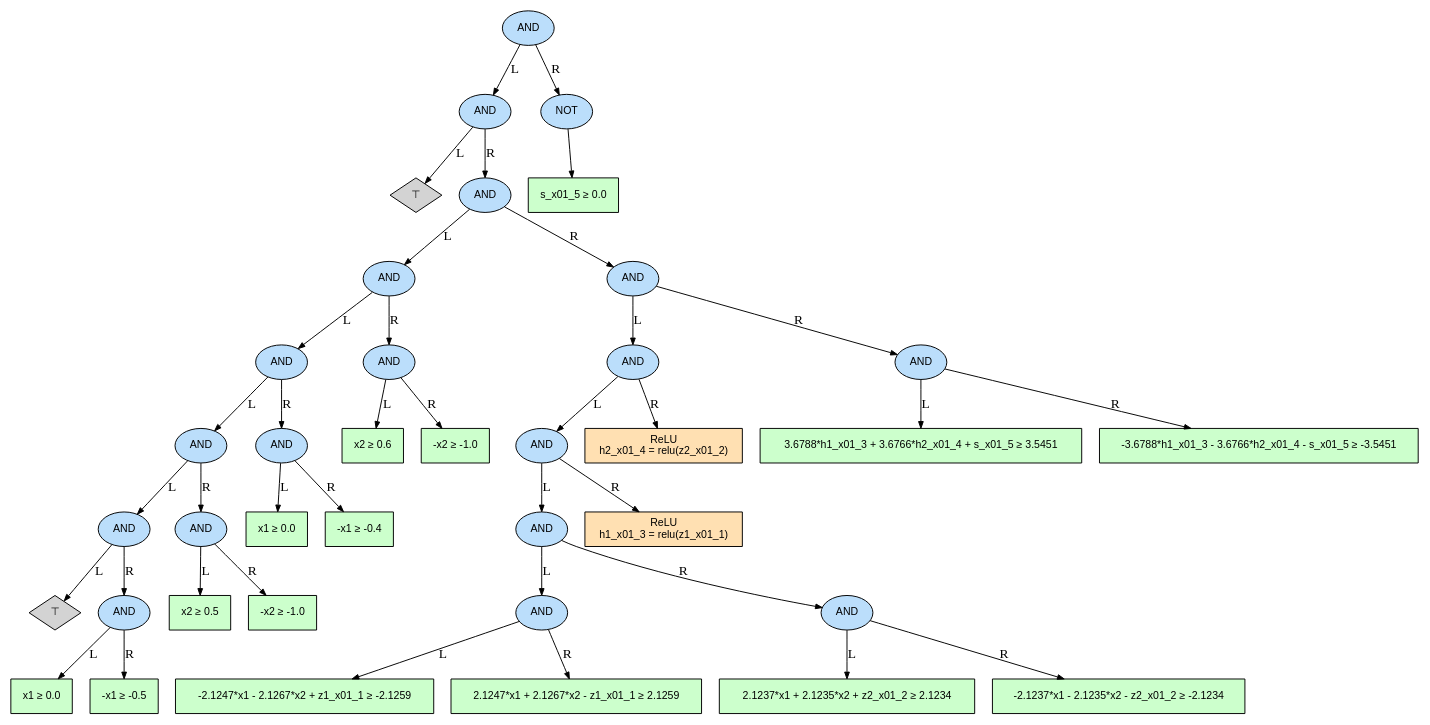
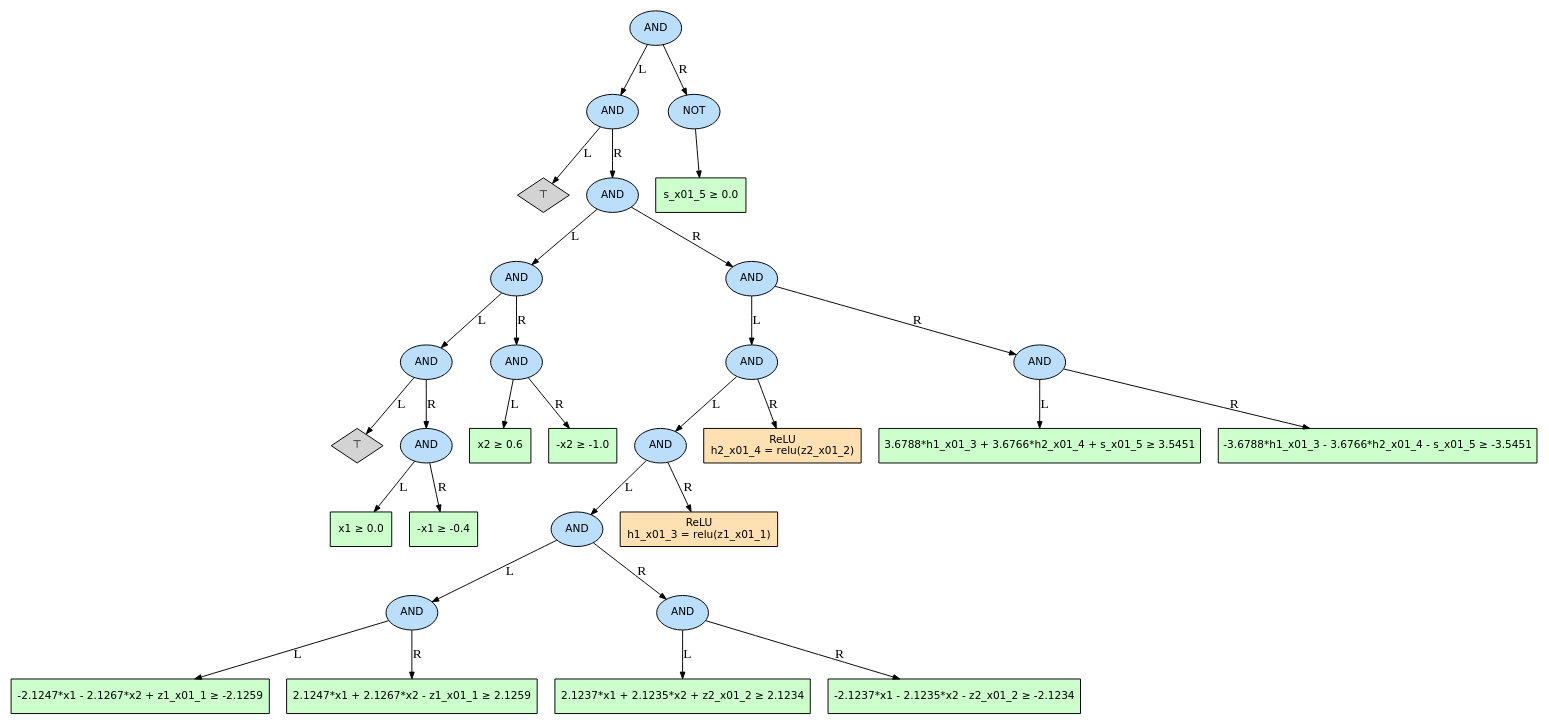
Before and after one commit to songheon2/Ai_verification: the diagram in visualize_precise_prop/case_01/precise_search_case01_attempt1_tree.dot, drawn with Graphviz. The commit also changed 49 other files, not shown here.

```diff
--- a/visualize_precise_prop/case_01/precise_search_case01_attempt1_tree.dot
+++ b/visualize_precise_prop/case_01/precise_search_case01_attempt1_tree.dot
@@ -1,80 +1,64 @@
 digraph precise_search_case01_attempt1_tree {
   rankdir=TB;
-  node [fontname="Helvetica", fontsize=11];
+  node [fontname="DejaVu Sans", fontsize=11];
   edge [arrowsize=0.7];
   n0 [label="AND", shape=ellipse, style=filled, fillcolor="#bbdefb"];
   n1 [label="AND", shape=ellipse, style=filled, fillcolor="#bbdefb"];
   n2 [label="⊤", shape=diamond, style=filled, fillcolor="#d3d3d3"];
   n3 [label="AND", shape=ellipse, style=filled, fillcolor="#bbdefb"];
   n4 [label="AND", shape=ellipse, style=filled, fillcolor="#bbdefb"];
   n5 [label="AND", shape=ellipse, style=filled, fillcolor="#bbdefb"];
-  n6 [label="AND", shape=ellipse, style=filled, fillcolor="#bbdefb"];
+  n6 [label="⊤", shape=diamond, style=filled, fillcolor="#d3d3d3"];
   n7 [label="AND", shape=ellipse, style=filled, fillcolor="#bbdefb"];
-  n8 [label="⊤", shape=diamond, style=filled, fillcolor="#d3d3d3"];
-  n9 [label="AND", shape=ellipse, style=filled, fillcolor="#bbdefb"];
-  n10 [label="x1 ≥ 0.0", shape=box, style=filled, fillcolor="#ccffcc"];
-  n11 [label="-x1 ≥ -0.5", shape=box, style=filled, fillcolor="#ccffcc"];
-  n9 -> n10 [label="L"];
-  n9 -> n11 [label="R"];
+  n8 [label="x1 ≥ 0.0", shape=box, style=filled, fillcolor="#ccffcc"];
+  n9 [label="-x1 ≥ -0.4", shape=box, style=filled, fillcolor="#ccffcc"];
   n7 -> n8 [label="L"];
   n7 -> n9 [label="R"];
-  n12 [label="AND", shape=ellipse, style=filled, fillcolor="#bbdefb"];
-  n13 [label="x2 ≥ 0.5", shape=box, style=filled, fillcolor="#ccffcc"];
-  n14 [label="-x2 ≥ -1.0", shape=box, style=filled, fillcolor="#ccffcc"];
-  n12 -> n13 [label="L"];
-  n12 -> n14 [label="R"];
-  n6 -> n7 [label="L"];
-  n6 -> n12 [label="R"];
+  n5 -> n6 [label="L"];
+  n5 -> n7 [label="R"];
+  n10 [label="AND", shape=ellipse, style=filled, fillcolor="#bbdefb"];
+  n11 [label="x2 ≥ 0.6", shape=box, style=filled, fillcolor="#ccffcc"];
+  n12 [label="-x2 ≥ -1.0", shape=box, style=filled, fillcolor="#ccffcc"];
+  n10 -> n11 [label="L"];
+  n10 -> n12 [label="R"];
+  n4 -> n5 [label="L"];
+  n4 -> n10 [label="R"];
+  n13 [label="AND", shape=ellipse, style=filled, fillcolor="#bbdefb"];
+  n14 [label="AND", shape=ellipse, style=filled, fillcolor="#bbdefb"];
   n15 [label="AND", shape=ellipse, style=filled, fillcolor="#bbdefb"];
-  n16 [label="x1 ≥ 0.0", shape=box, style=filled, fillcolor="#ccffcc"];
-  n17 [label="-x1 ≥ -0.4", shape=box, style=filled, fillcolor="#ccffcc"];
+  n16 [label="AND", shape=ellipse, style=filled, fillcolor="#bbdefb"];
+  n17 [label="AND", shape=ellipse, style=filled, fillcolor="#bbdefb"];
+  n18 [label="-2.1247*x1 - 2.1267*x2 + z1_x01_1 ≥ -2.1259", shape=box, style=filled, fillcolor="#ccffcc"];
+  n19 [label="2.1247*x1 + 2.1267*x2 - z1_x01_1 ≥ 2.1259", shape=box, style=filled, fillcolor="#ccffcc"];
+  n17 -> n18 [label="L"];
+  n17 -> n19 [label="R"];
+  n20 [label="AND", shape=ellipse, style=filled, fillcolor="#bbdefb"];
+  n21 [label="2.1237*x1 + 2.1235*x2 + z2_x01_2 ≥ 2.1234", shape=box, style=filled, fillcolor="#ccffcc"];
+  n22 [label="-2.1237*x1 - 2.1235*x2 - z2_x01_2 ≥ -2.1234", shape=box, style=filled, fillcolor="#ccffcc"];
+  n20 -> n21 [label="L"];
+  n20 -> n22 [label="R"];
+  n16 -> n17 [label="L"];
+  n16 -> n20 [label="R"];
+  n23 [label="ReLU\nh1_x01_3 = relu(z1_x01_1)", shape=box, style=filled, fillcolor="#ffe0b2"];
   n15 -> n16 [label="L"];
-  n15 -> n17 [label="R"];
-  n5 -> n6 [label="L"];
-  n5 -> n15 [label="R"];
-  n18 [label="AND", shape=ellipse, style=filled, fillcolor="#bbdefb"];
-  n19 [label="x2 ≥ 0.6", shape=box, style=filled, fillcolor="#ccffcc"];
-  n20 [label="-x2 ≥ -1.0", shape=box, style=filled, fillcolor="#ccffcc"];
-  n18 -> n19 [label="L"];
-  n18 -> n20 [label="R"];
-  n4 -> n5 [label="L"];
-  n4 -> n18 [label="R"];
-  n21 [label="AND", shape=ellipse, style=filled, fillcolor="#bbdefb"];
-  n22 [label="AND", shape=ellipse, style=filled, fillcolor="#bbdefb"];
-  n23 [label="AND", shape=ellipse, style=filled, fillcolor="#bbdefb"];
-  n24 [label="AND", shape=ellipse, style=filled, fillcolor="#bbdefb"];
+  n15 -> n23 [label="R"];
+  n24 [label="ReLU\nh2_x01_4 = relu(z2_x01_2)", shape=box, style=filled, fillcolor="#ffe0b2"];
+  n14 -> n15 [label="L"];
+  n14 -> n24 [label="R"];
   n25 [label="AND", shape=ellipse, style=filled, fillcolor="#bbdefb"];
-  n26 [label="-2.1247*x1 - 2.1267*x2 + z1_x01_1 ≥ -2.1259", shape=box, style=filled, fillcolor="#ccffcc"];
-  n27 [label="2.1247*x1 + 2.1267*x2 - z1_x01_1 ≥ 2.1259", shape=box, style=filled, fillcolor="#ccffcc"];
+  n26 [label="3.6788*h1_x01_3 + 3.6766*h2_x01_4 + s_x01_5 ≥ 3.5451", shape=box, style=filled, fillcolor="#ccffcc"];
+  n27 [label="-3.6788*h1_x01_3 - 3.6766*h2_x01_4 - s_x01_5 ≥ -3.5451", shape=box, style=filled, fillcolor="#ccffcc"];
   n25 -> n26 [label="L"];
   n25 -> n27 [label="R"];
-  n28 [label="AND", shape=ellipse, style=filled, fillcolor="#bbdefb"];
-  n29 [label="2.1237*x1 + 2.1235*x2 + z2_x01_2 ≥ 2.1234", shape=box, style=filled, fillcolor="#ccffcc"];
-  n30 [label="-2.1237*x1 - 2.1235*x2 - z2_x01_2 ≥ -2.1234", shape=box, style=filled, fillcolor="#ccffcc"];
-  n28 -> n29 [label="L"];
-  n28 -> n30 [label="R"];
-  n24 -> n25 [label="L"];
-  n24 -> n28 [label="R"];
-  n31 [label="ReLU\nh1_x01_3 = relu(z1_x01_1)", shape=box, style=filled, fillcolor="#ffe0b2"];
-  n23 -> n24 [label="L"];
-  n23 -> n31 [label="R"];
-  n32 [label="ReLU\nh2_x01_4 = relu(z2_x01_2)", shape=box, style=filled, fillcolor="#ffe0b2"];
-  n22 -> n23 [label="L"];
-  n22 -> n32 [label="R"];
-  n33 [label="AND", shape=ellipse, style=filled, fillcolor="#bbdefb"];
-  n34 [label="3.6788*h1_x01_3 + 3.6766*h2_x01_4 + s_x01_5 ≥ 3.5451", shape=box, style=filled, fillcolor="#ccffcc"];
-  n35 [label="-3.6788*h1_x01_3 - 3.6766*h2_x01_4 - s_x01_5 ≥ -3.5451", shape=box, style=filled, fillcolor="#ccffcc"];
-  n33 -> n34 [label="L"];
-  n33 -> n35 [label="R"];
-  n21 -> n22 [label="L"];
-  n21 -> n33 [label="R"];
+  n13 -> n14 [label="L"];
+  n13 -> n25 [label="R"];
   n3 -> n4 [label="L"];
-  n3 -> n21 [label="R"];
+  n3 -> n13 [label="R"];
   n1 -> n2 [label="L"];
   n1 -> n3 [label="R"];
-  n36 [label="NOT", shape=ellipse, style=filled, fillcolor="#bbdefb"];
-  n37 [label="s_x01_5 ≥ 0.0", shape=box, style=filled, fillcolor="#ccffcc"];
-  n36 -> n37;
+  n28 [label="NOT", shape=ellipse, style=filled, fillcolor="#bbdefb"];
+  n29 [label="s_x01_5 ≥ 0.0", shape=box, style=filled, fillcolor="#ccffcc"];
+  n28 -> n29;
   n0 -> n1 [label="L"];
-  n0 -> n36 [label="R"];
+  n0 -> n28 [label="R"];
 }
```
